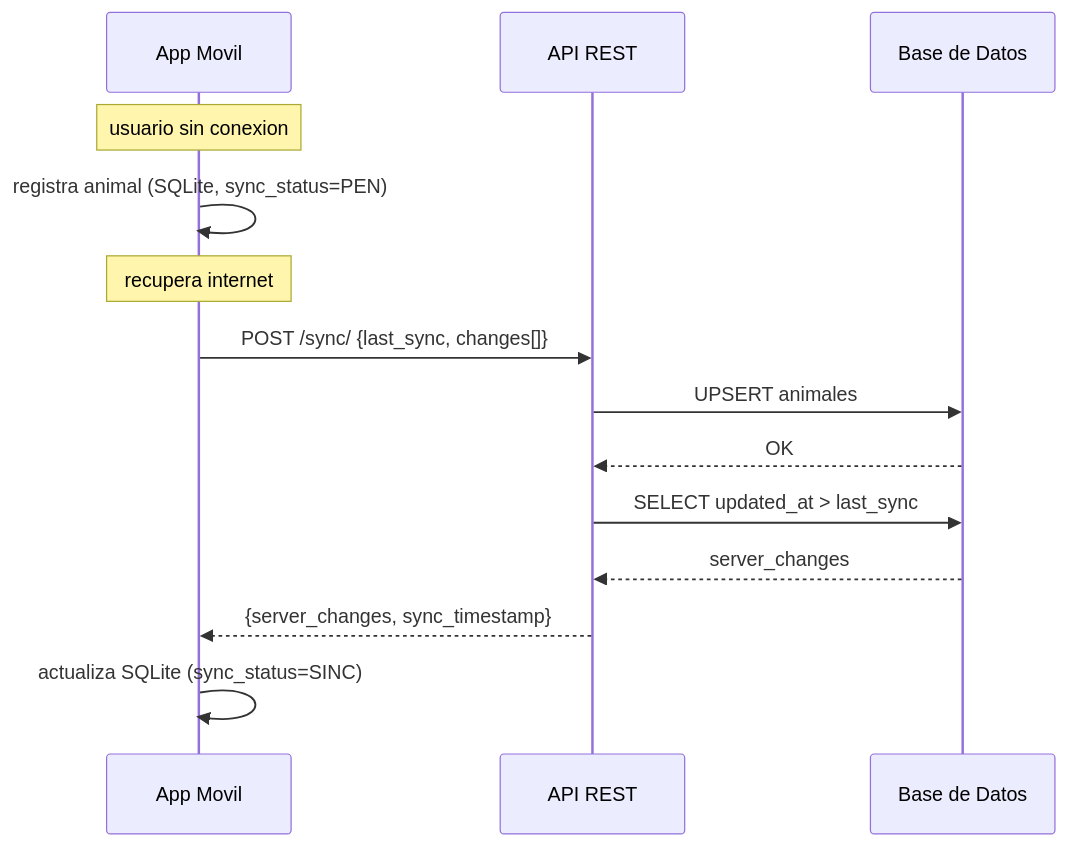
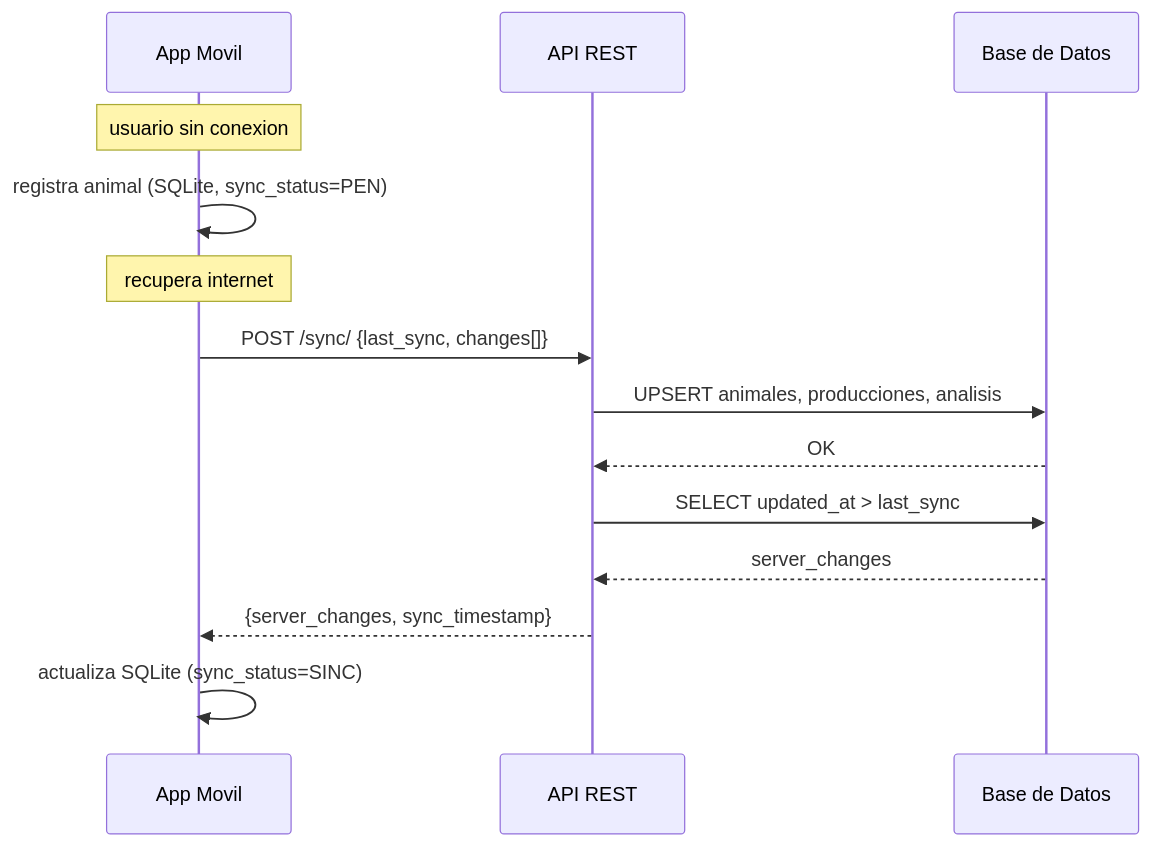
One commit to LuisAlbertoQ/epe-wawa-pacocha changed the sixth of 8 diagrams in docs/software/files/Diagramas_Mermaid.md. Above: the diagram before and after it, drawn with Mermaid. The commit also changed other lines of this file and 7 other files, not shown here.

Commit message:
Actualiza diagramas y textos del sitio segun el MVP (Wawa Pacocha)

````diff
--- a/docs/software/files/Diagramas_Mermaid.md
+++ b/docs/software/files/Diagramas_Mermaid.md
@@ -340,16 +441,16 @@
 ```mermaid
 sequenceDiagram
     participant App as App Movil
     participant API as API REST
     participant DB as Base de Datos
     Note over App: usuario sin conexion
     App->>App: registra animal (SQLite, sync_status=PEN)
     Note over App: recupera internet
     App->>API: POST /sync/ {last_sync, changes[]}
-    API->>DB: UPSERT animales
+    API->>DB: UPSERT animales, producciones, analisis
     DB-->>API: OK
     API->>DB: SELECT updated_at > last_sync
     DB-->>API: server_changes
     API-->>App: {server_changes, sync_timestamp}
     App->>App: actualiza SQLite (sync_status=SINC)
 ```
````
